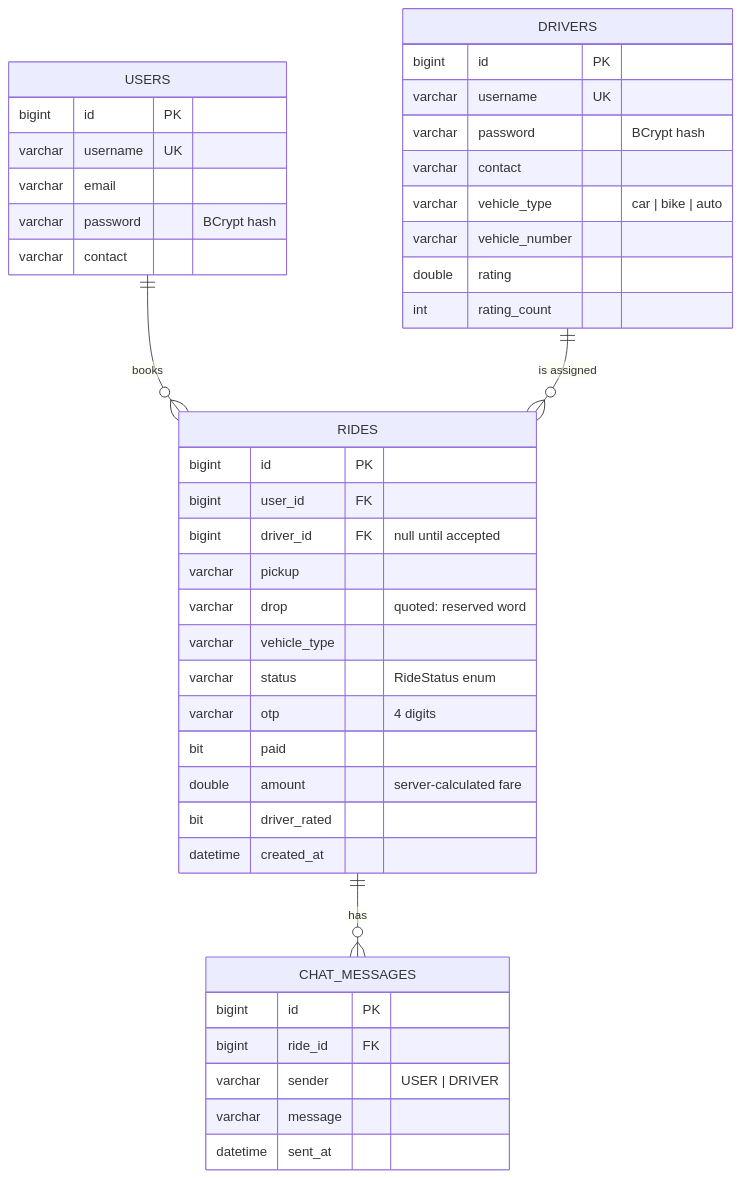
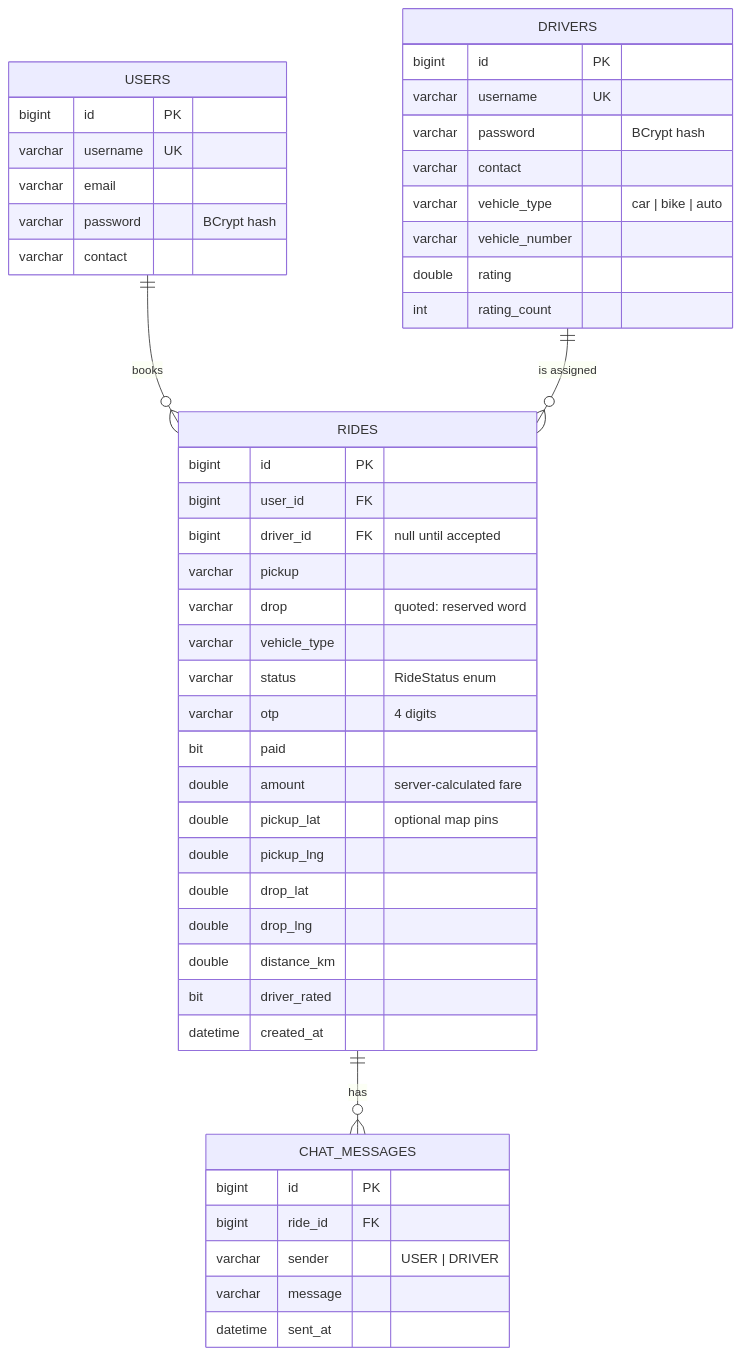
One commit to chatura-bhavishya/QuickCab changed the fifth of 6 diagrams in ARCHITECTURE.md. Above: the diagram before and after it, drawn with Mermaid. The commit also changed other lines of this file and 4 other files, not shown here.

````diff
--- a/ARCHITECTURE.md
+++ b/ARCHITECTURE.md
@@ -96,45 +145,50 @@
 ```mermaid
 erDiagram
     USERS ||--o{ RIDES : books
     DRIVERS ||--o{ RIDES : "is assigned"
     RIDES ||--o{ CHAT_MESSAGES : has
 
     USERS {
         bigint id PK
         varchar username UK
         varchar email
         varchar password "BCrypt hash"
         varchar contact
     }
     DRIVERS {
         bigint id PK
         varchar username UK
         varchar password "BCrypt hash"
         varchar contact
         varchar vehicle_type "car | bike | auto"
         varchar vehicle_number
         double rating
         int rating_count
     }
     RIDES {
         bigint id PK
         bigint user_id FK
         bigint driver_id FK "null until accepted"
         varchar pickup
         varchar drop "quoted: reserved word"
         varchar vehicle_type
         varchar status "RideStatus enum"
         varchar otp "4 digits"
         bit paid
         double amount "server-calculated fare"
+        double pickup_lat "optional map pins"
+        double pickup_lng
+        double drop_lat
+        double drop_lng
+        double distance_km
         bit driver_rated
         datetime created_at
     }
     CHAT_MESSAGES {
         bigint id PK
         bigint ride_id FK
         varchar sender "USER | DRIVER"
         varchar message
         datetime sent_at
     }
 ```
````
